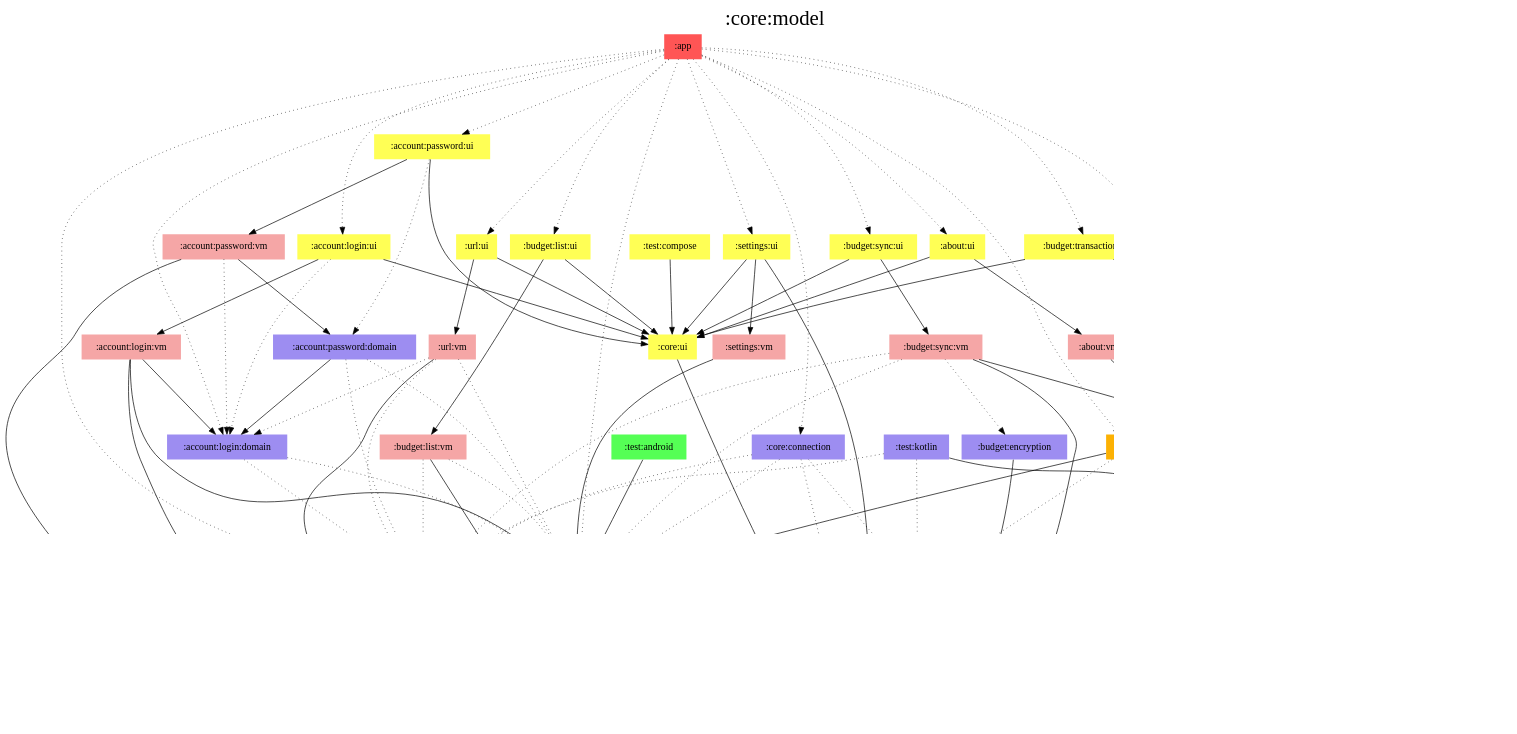
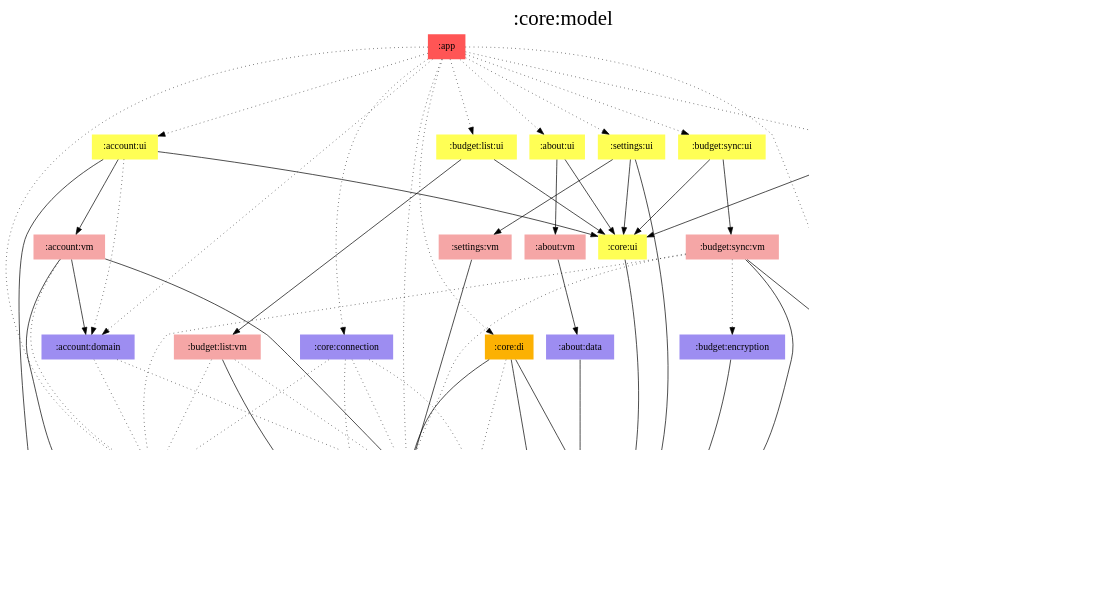
Before and after one commit to jonapoul/aktual: the diagram in modules/core/model/modules.dot, drawn with Graphviz. The commit also changed 134 other files, not shown here.

First line of the commit message:
Merge login, password and URL modules (#289)

```diff
--- a/modules/core/model/modules.dot
+++ b/modules/core/model/modules.dot
@@ -1,141 +1,112 @@
 digraph {
 edge ["dir"="forward"]
 graph ["dpi"="100","label"=":core:model","labelloc"="t","fontsize"="30","ranksep"="1.5","rankdir"="TB"]
 node ["style"="filled"]
 ":about:data" ["fillcolor"="#9D8DF1","shape"="none"]
 ":about:ui" ["fillcolor"="#FFFF55","shape"="none"]
 ":about:vm" ["fillcolor"="#F5A6A6","shape"="none"]
-":account:login:domain" ["fillcolor"="#9D8DF1","shape"="none"]
-":account:login:ui" ["fillcolor"="#FFFF55","shape"="none"]
-":account:login:vm" ["fillcolor"="#F5A6A6","shape"="none"]
-":account:password:domain" ["fillcolor"="#9D8DF1","shape"="none"]
-":account:password:ui" ["fillcolor"="#FFFF55","shape"="none"]
-":account:password:vm" ["fillcolor"="#F5A6A6","shape"="none"]
+":account:domain" ["fillcolor"="#9D8DF1","shape"="none"]
+":account:ui" ["fillcolor"="#FFFF55","shape"="none"]
+":account:vm" ["fillcolor"="#F5A6A6","shape"="none"]
 ":api:actual" ["fillcolor"="#9D8DF1","shape"="none"]
 ":api:builder" ["fillcolor"="#9D8DF1","shape"="none"]
 ":api:github" ["fillcolor"="#9D8DF1","shape"="none"]
 ":app" ["fillcolor"="#FF5555","shape"="none"]
 ":budget:db" ["fillcolor"="#9D8DF1","shape"="none"]
 ":budget:di" ["fillcolor"="#FCB103","shape"="none"]
 ":budget:encryption" ["fillcolor"="#9D8DF1","shape"="none"]
 ":budget:list:ui" ["fillcolor"="#FFFF55","shape"="none"]
 ":budget:list:vm" ["fillcolor"="#F5A6A6","shape"="none"]
 ":budget:sync:ui" ["fillcolor"="#FFFF55","shape"="none"]
 ":budget:sync:vm" ["fillcolor"="#F5A6A6","shape"="none"]
 ":budget:transactions:ui" ["fillcolor"="#FFFF55","shape"="none"]
 ":budget:transactions:vm" ["fillcolor"="#F5A6A6","shape"="none"]
 ":core:connection" ["fillcolor"="#9D8DF1","shape"="none"]
 ":core:di" ["fillcolor"="#FCB103","shape"="none"]
 ":core:model" ["fillcolor"="#9D8DF1","color"="black","penwidth"="3","shape"="box"]
 ":core:ui" ["fillcolor"="#FFFF55","shape"="none"]
 ":prefs" ["fillcolor"="#9D8DF1","shape"="none"]
 ":settings:ui" ["fillcolor"="#FFFF55","shape"="none"]
 ":settings:vm" ["fillcolor"="#F5A6A6","shape"="none"]
-":test:android" ["fillcolor"="#55FF55","shape"="none"]
-":test:compose" ["fillcolor"="#FFFF55","shape"="none"]
-":test:kotlin" ["fillcolor"="#9D8DF1","shape"="none"]
-":url:ui" ["fillcolor"="#FFFF55","shape"="none"]
-":url:vm" ["fillcolor"="#F5A6A6","shape"="none"]
 {
 edge ["dir"="none"]
 graph ["rank"="same"]
 ":core:model"
 }
 ":about:data" -> ":api:github"
 ":about:ui" -> ":about:vm"
 ":about:ui" -> ":core:ui"
 ":about:vm" -> ":about:data"
-":account:login:domain" -> ":api:actual" ["style"="dotted"]
-":account:login:domain" -> ":prefs" ["style"="dotted"]
-":account:login:ui" -> ":account:login:domain" ["style"="dotted"]
-":account:login:ui" -> ":account:login:vm"
-":account:login:ui" -> ":core:ui"
-":account:login:vm" -> ":account:login:domain"
-":account:login:vm" -> ":core:model"
-":account:login:vm" -> ":prefs"
-":account:password:domain" -> ":account:login:domain"
-":account:password:domain" -> ":api:actual" ["style"="dotted"]
-":account:password:domain" -> ":prefs" ["style"="dotted"]
-":account:password:ui" -> ":account:password:domain" ["style"="dotted"]
-":account:password:ui" -> ":account:password:vm"
-":account:password:ui" -> ":core:ui"
-":account:password:vm" -> ":account:login:domain" ["style"="dotted"]
-":account:password:vm" -> ":account:password:domain"
-":account:password:vm" -> ":core:model"
+":account:domain" -> ":api:actual" ["style"="dotted"]
+":account:domain" -> ":prefs" ["style"="dotted"]
+":account:ui" -> ":account:domain" ["style"="dotted"]
+":account:ui" -> ":account:vm"
+":account:ui" -> ":core:model"
+":account:ui" -> ":core:ui"
+":account:vm" -> ":account:domain"
+":account:vm" -> ":api:actual" ["style"="dotted"]
+":account:vm" -> ":core:model"
+":account:vm" -> ":prefs"
 ":api:actual" -> ":core:model"
 ":api:builder" -> ":core:model"
 ":api:github" -> ":core:model"
 ":app" -> ":about:ui" ["style"="dotted"]
-":app" -> ":account:login:domain" ["style"="dotted"]
-":app" -> ":account:login:ui" ["style"="dotted"]
-":app" -> ":account:password:ui" ["style"="dotted"]
+":app" -> ":account:domain" ["style"="dotted"]
+":app" -> ":account:ui" ["style"="dotted"]
 ":app" -> ":api:actual" ["style"="dotted"]
 ":app" -> ":budget:di" ["style"="dotted"]
 ":app" -> ":budget:list:ui" ["style"="dotted"]
 ":app" -> ":budget:sync:ui" ["style"="dotted"]
 ":app" -> ":budget:transactions:ui" ["style"="dotted"]
 ":app" -> ":core:connection" ["style"="dotted"]
 ":app" -> ":core:di" ["style"="dotted"]
 ":app" -> ":prefs" ["style"="dotted"]
 ":app" -> ":settings:ui" ["style"="dotted"]
-":app" -> ":url:ui" ["style"="dotted"]
 ":budget:db" -> ":core:model"
 ":budget:di" -> ":budget:db"
 ":budget:encryption" -> ":core:model"
 ":budget:list:ui" -> ":budget:list:vm"
 ":budget:list:ui" -> ":core:ui"
 ":budget:list:vm" -> ":api:actual" ["style"="dotted"]
 ":budget:list:vm" -> ":core:model"
 ":budget:list:vm" -> ":prefs" ["style"="dotted"]
 ":budget:sync:ui" -> ":budget:sync:vm"
 ":budget:sync:ui" -> ":core:ui"
 ":budget:sync:vm" -> ":api:actual" ["style"="dotted"]
 ":budget:sync:vm" -> ":budget:di"
 ":budget:sync:vm" -> ":budget:encryption" ["style"="dotted"]
 ":budget:sync:vm" -> ":core:model"
 ":budget:sync:vm" -> ":prefs" ["style"="dotted"]
 ":budget:transactions:ui" -> ":budget:transactions:vm"
 ":budget:transactions:ui" -> ":core:ui"
 ":budget:transactions:vm" -> ":budget:db" ["style"="dotted"]
 ":budget:transactions:vm" -> ":budget:di" ["style"="dotted"]
 ":budget:transactions:vm" -> ":core:model"
 ":core:connection" -> ":api:actual" ["style"="dotted"]
 ":core:connection" -> ":api:builder" ["style"="dotted"]
 ":core:connection" -> ":core:model" ["style"="dotted"]
 ":core:connection" -> ":prefs" ["style"="dotted"]
 ":core:di" -> ":api:builder" ["style"="dotted"]
 ":core:di" -> ":api:github"
 ":core:di" -> ":core:model"
 ":core:di" -> ":prefs"
 ":core:ui" -> ":core:model"
 ":prefs" -> ":core:model"
 ":settings:ui" -> ":core:model"
 ":settings:ui" -> ":core:ui"
 ":settings:ui" -> ":settings:vm"
 ":settings:vm" -> ":prefs"
-":test:android" -> ":prefs"
-":test:compose" -> ":core:ui"
-":test:kotlin" -> ":api:actual" ["style"="dotted"]
-":test:kotlin" -> ":api:builder" ["style"="dotted"]
-":test:kotlin" -> ":budget:db"
-":url:ui" -> ":core:ui"
-":url:ui" -> ":url:vm"
-":url:vm" -> ":account:login:domain" ["style"="dotted"]
-":url:vm" -> ":api:actual" ["style"="dotted"]
-":url:vm" -> ":core:model"
-":url:vm" -> ":prefs" ["style"="dotted"]
 subgraph "cluster_legend" {
 edge ["dir"="none"]
 graph ["label"="Legend","fontsize"="20"]
 "Legend" ["style"="filled","fillcolor"="#FFFFFF","shape"="none","margin"="0","fontsize"="15","label"=<
 <TABLE BORDER="0" CELLBORDER="0" CELLSPACING="0" CELLPADDING="4">
 <TR><TD>App</TD><TD BGCOLOR="#FF5555">module-name</TD></TR>
 <TR><TD>ViewModel</TD><TD BGCOLOR="#F5A6A6">module-name</TD></TR>
 <TR><TD>Hilt</TD><TD BGCOLOR="#FCB103">module-name</TD></TR>
 <TR><TD>Compose</TD><TD BGCOLOR="#FFFF55">module-name</TD></TR>
-<TR><TD>Android</TD><TD BGCOLOR="#55FF55">module-name</TD></TR>
 <TR><TD>Multiplatform</TD><TD BGCOLOR="#9D8DF1">module-name</TD></TR>
 </TABLE>
 >]
 } -> ":core:model" ["style"="invis"]
 }
```
